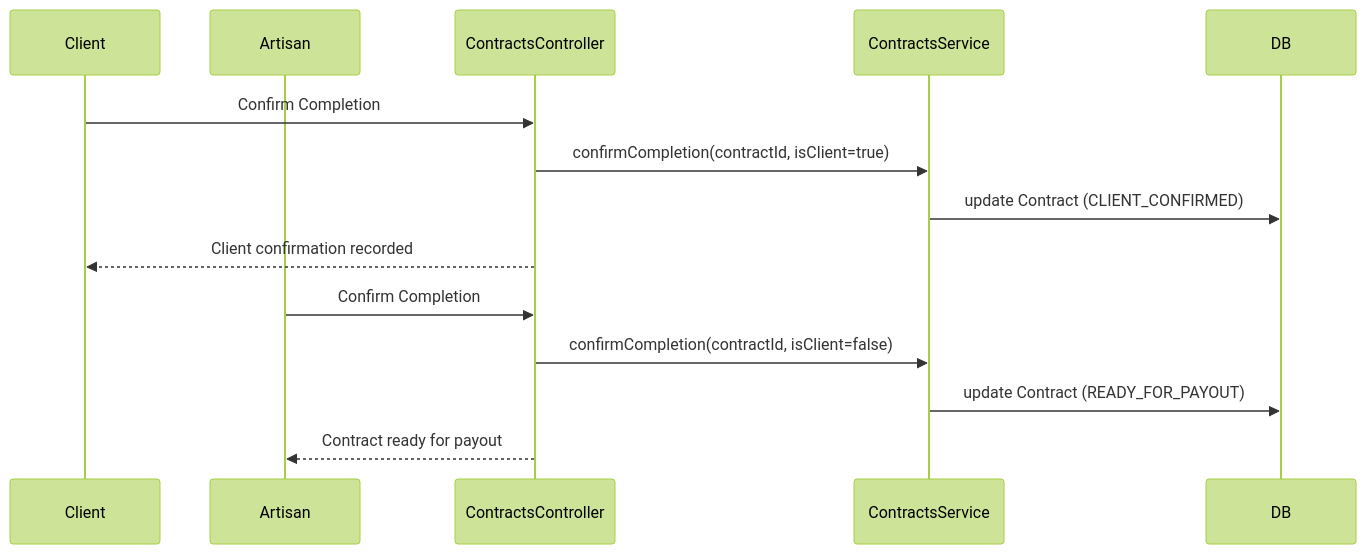
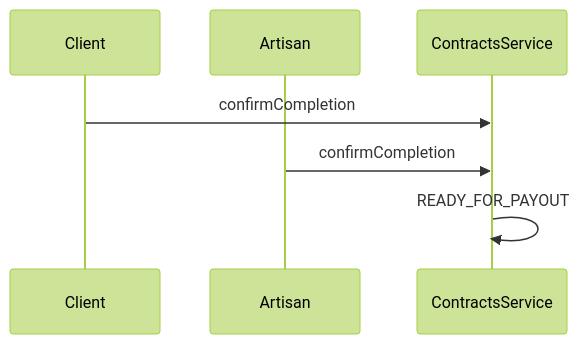
The third of 5 diagrams in README.md (Anaspropro/worksure-server), drawn with Mermaid (forest theme) before and after one commit. The commit also changed other lines of this file and 32 other files, not shown here.

````diff
--- a/README.md
+++ b/README.md
@@ -115,18 +360,10 @@
 ```mermaid
 sequenceDiagram
     participant Client
     participant Artisan
-    participant ContractsController
     participant ContractsService
-    participant DB
 
-    Client->>ContractsController: Confirm Completion
-    ContractsController->>ContractsService: confirmCompletion(contractId, isClient=true)
-    ContractsService->>DB: update Contract (CLIENT_CONFIRMED)
-    ContractsController-->>Client: Client confirmation recorded
-
-    Artisan->>ContractsController: Confirm Completion
-    ContractsController->>ContractsService: confirmCompletion(contractId, isClient=false)
-    ContractsService->>DB: update Contract (READY_FOR_PAYOUT)
-    ContractsController-->>Artisan: Contract ready for payout
+    Client->>ContractsService: confirmCompletion
+    Artisan->>ContractsService: confirmCompletion
+    ContractsService->>ContractsService: READY_FOR_PAYOUT
 ```
````
